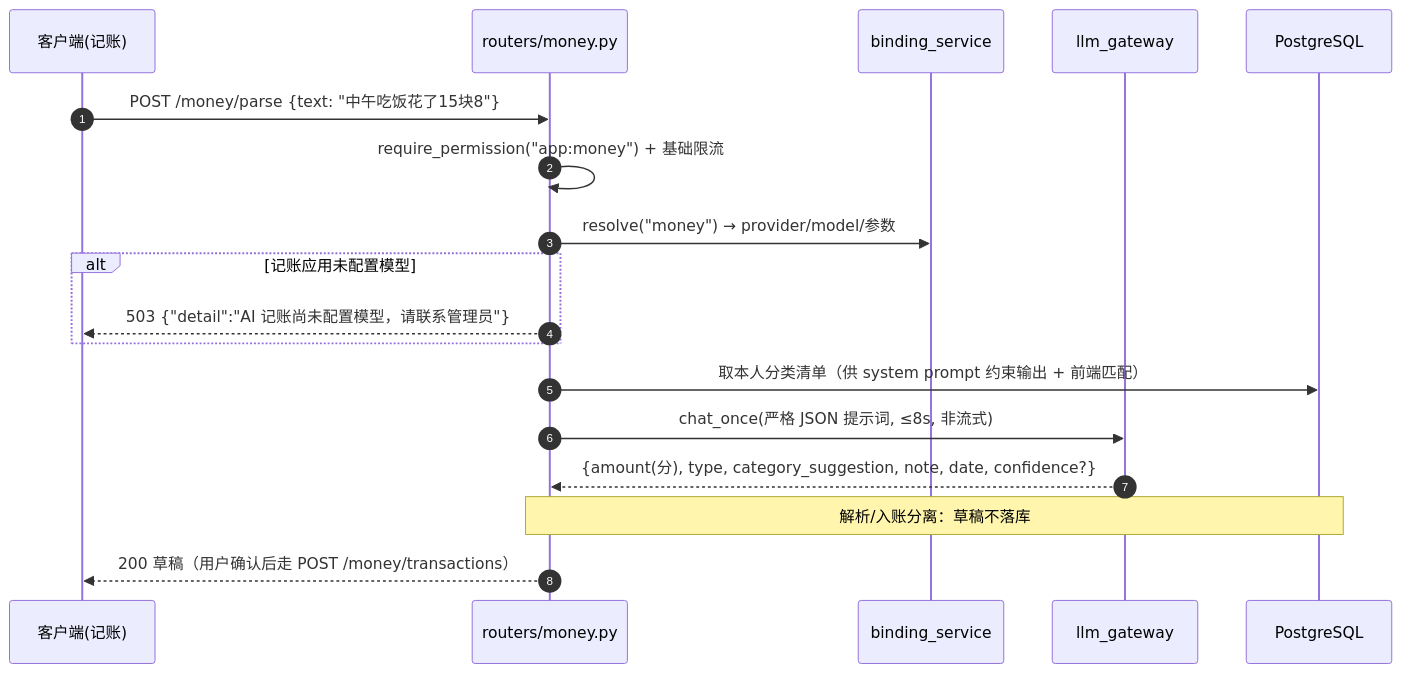
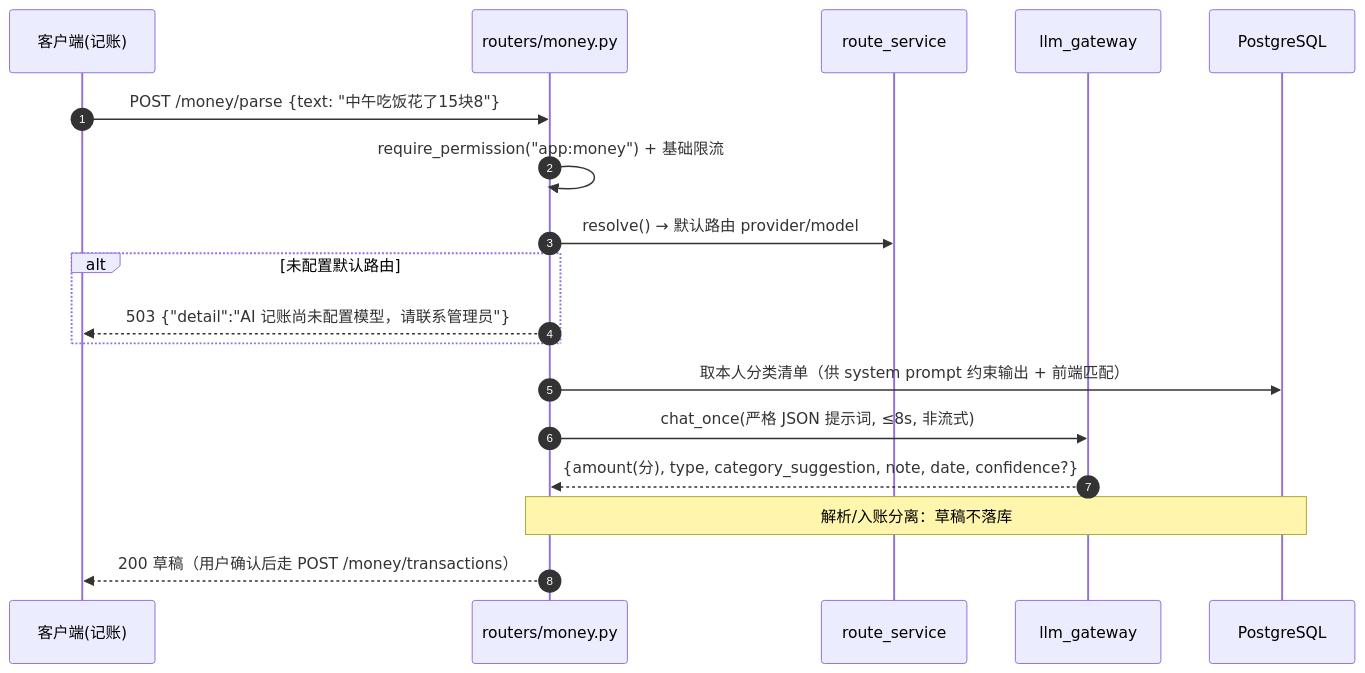
Before and after one commit to XiaoPang-Huang/lumencafe: the fourth of 7 diagrams in docs/架构设计-v1.md, drawn with Mermaid. The commit also changed other lines of this file and 8 other files, not shown here.

First line of the commit message:
docs: 协作基建（规范+项目地图）+ 产品契约修订同步

````diff
--- a/docs/架构设计-v1.md
+++ b/docs/架构设计-v1.md
@@ -713,21 +725,21 @@
 ```mermaid
 sequenceDiagram
     autonumber
     participant C as 客户端(记账)
     participant R as routers/money.py
-    participant B as binding_service
+    participant B as route_service
     participant G as llm_gateway
     participant D as PostgreSQL
 
     C->>R: POST /money/parse {text: "中午吃饭花了15块8"}
     R->>R: require_permission("app:money") + 基础限流
-    R->>B: resolve("money") → provider/model/参数
-    alt 记账应用未配置模型
+    R->>B: resolve() → 默认路由 provider/model
+    alt 未配置默认路由
         R-->>C: 503 {"detail":"AI 记账尚未配置模型，请联系管理员"}
     end
     R->>D: 取本人分类清单（供 system prompt 约束输出 + 前端匹配）
     R->>G: chat_once(严格 JSON 提示词, ≤8s, 非流式)
     G-->>R: {amount(分), type, category_suggestion, note, date, confidence?}
     Note over R,D: 解析/入账分离：草稿不落库
     R-->>C: 200 草稿（用户确认后走 POST /money/transactions）
 ```
````
